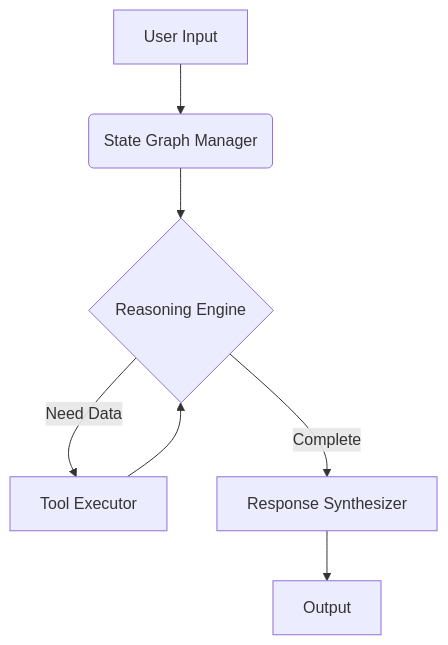
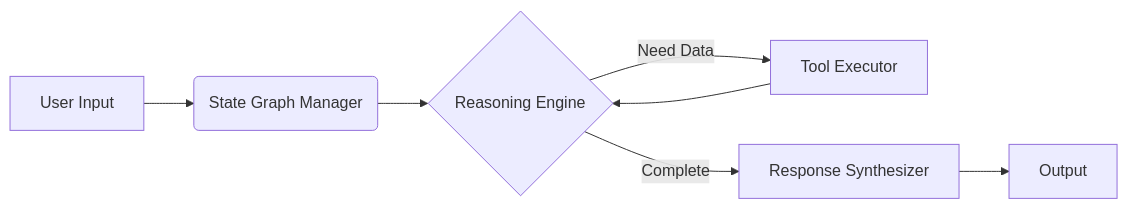
The first of 4 diagrams in README.md (Shikhar-Kesharwani/Shikhar-Kesharwani), drawn with Mermaid before and after one commit. The commit also changed other lines of this file, not shown here.

````diff
--- a/README.md
+++ b/README.md
@@ -133,9 +125,9 @@
 ```mermaid
-graph TD
+graph LR
     A[User Input] --> B(State Graph Manager)
     B --> C{Reasoning Engine}
     C -->|Need Data| D[Tool Executor]
     D --> C
     C -->|Complete| E[Response Synthesizer]
     E --> F[Output]
 ```
````
